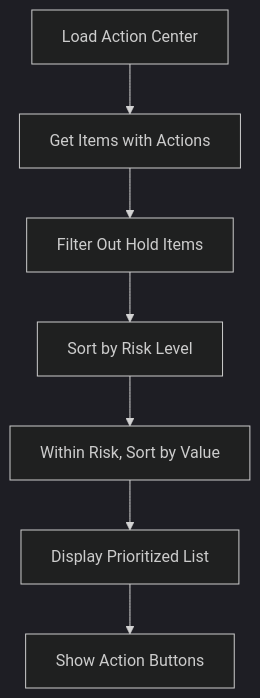
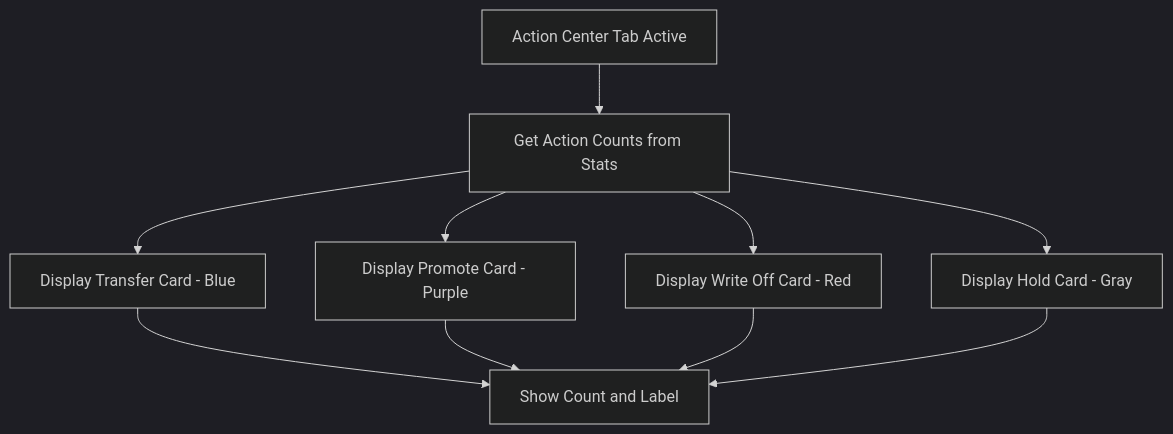
Before and after one commit to PeakMNA/carmen: diagram 18 of 18 in docs/app/inventory-management/stock-overview/slow-moving/FD-slow-moving.md, drawn with Mermaid (dark theme). The commit also changed other lines of this file and 473 other files, not shown here.

````diff
--- a/docs/app/inventory-management/stock-overview/slow-moving/FD-slow-moving.md
+++ b/docs/app/inventory-management/stock-overview/slow-moving/FD-slow-moving.md
@@ -275,9 +371,12 @@
 ```mermaid
 flowchart TD
-    A[Load Action Center] --> B[Get Items with Actions]
-    B --> C[Filter Out Hold Items]
-    C --> D[Sort by Risk Level]
-    D --> E[Within Risk, Sort by Value]
-    E --> F[Display Prioritized List]
-    F --> G[Show Action Buttons]
+    A[Action Center Tab Active] --> B[Get Action Counts from Stats]
+    B --> C[Display Transfer Card - Blue]
+    B --> D[Display Promote Card - Purple]
+    B --> E[Display Write Off Card - Red]
+    B --> F[Display Hold Card - Gray]
+    C --> G[Show Count and Label]
+    D --> G
+    E --> G
+    F --> G
 ```
````
